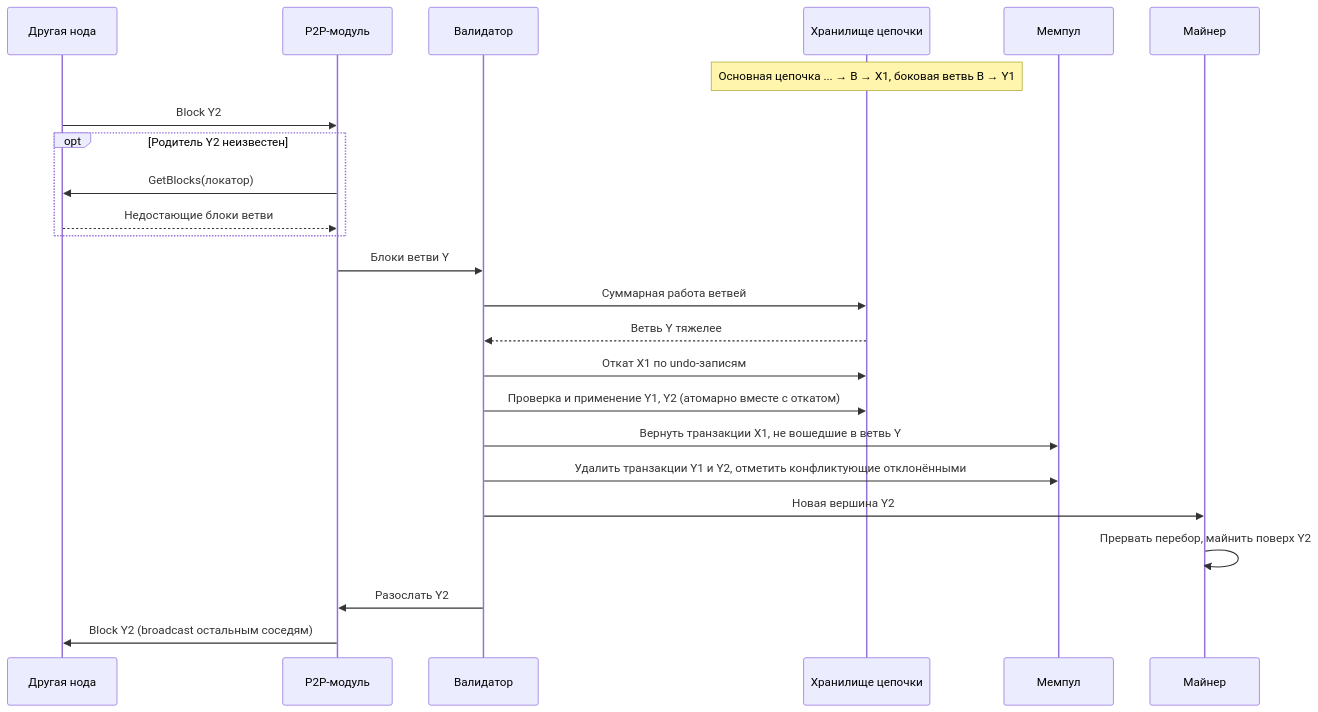
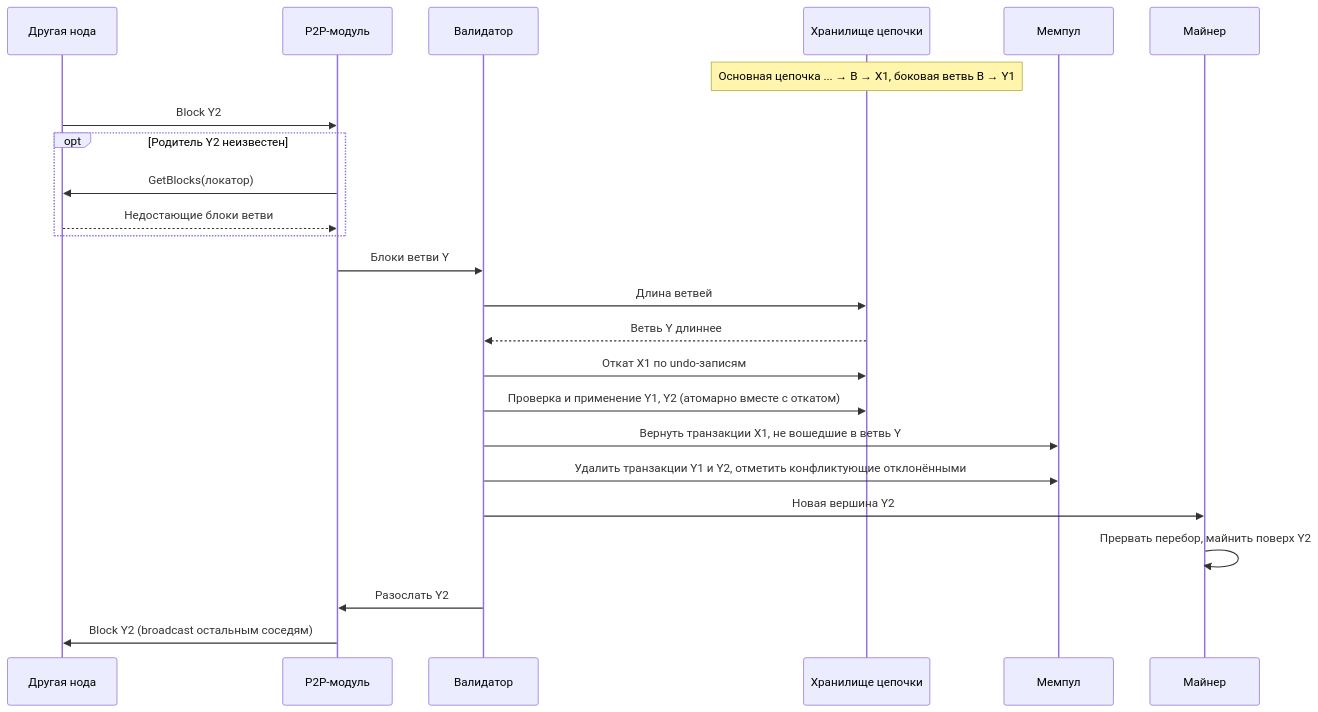
One commit to spbu-ds-practicum-2026/abp changed the seventh of 11 diagrams in docs/tr.md. Above: the diagram before and after it, drawn with Mermaid. The commit also changed other lines of this file, not shown here.

````diff
--- a/docs/tr.md
+++ b/docs/tr.md
@@ -390,27 +458,27 @@
 ```mermaid
 sequenceDiagram
   participant Peer as Другая нода
   participant P2P as P2P-модуль
   participant Validator as Валидатор
   participant Chain as Хранилище цепочки
   participant Mempool as Мемпул
   participant Miner as Майнер
 
   Note over Chain: Основная цепочка ... → B → X1, боковая ветвь B → Y1
   Peer->>P2P: Block Y2
   opt Родитель Y2 неизвестен
     P2P->>Peer: GetBlocks(локатор)
     Peer-->>P2P: Недостающие блоки ветви
   end
   P2P->>Validator: Блоки ветви Y
-  Validator->>Chain: Суммарная работа ветвей
-  Chain-->>Validator: Ветвь Y тяжелее
+  Validator->>Chain: Длина ветвей
+  Chain-->>Validator: Ветвь Y длиннее
   Validator->>Chain: Откат X1 по undo-записям
   Validator->>Chain: Проверка и применение Y1, Y2 (атомарно вместе с откатом)
   Validator->>Mempool: Вернуть транзакции X1, не вошедшие в ветвь Y
   Validator->>Mempool: Удалить транзакции Y1 и Y2, отметить конфликтующие отклонёнными
   Validator->>Miner: Новая вершина Y2
   Miner->>Miner: Прервать перебор, майнить поверх Y2
   Validator->>P2P: Разослать Y2
   P2P->>Peer: Block Y2 (broadcast остальным соседям)
 ```
````
